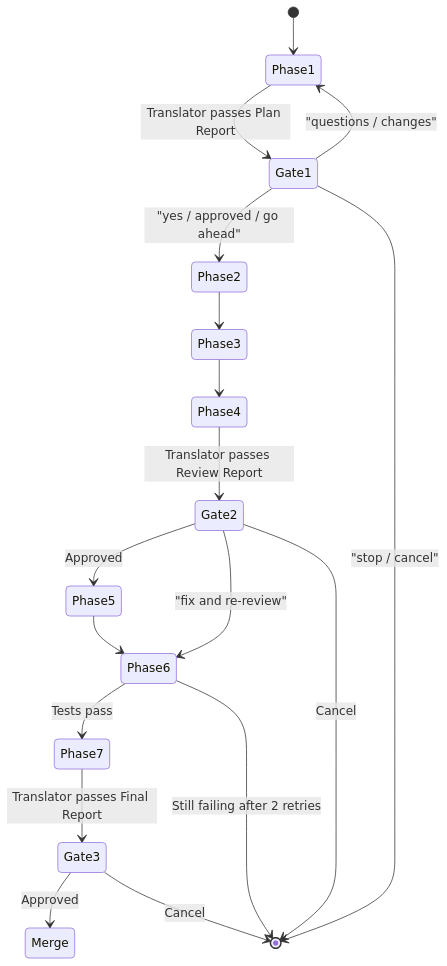
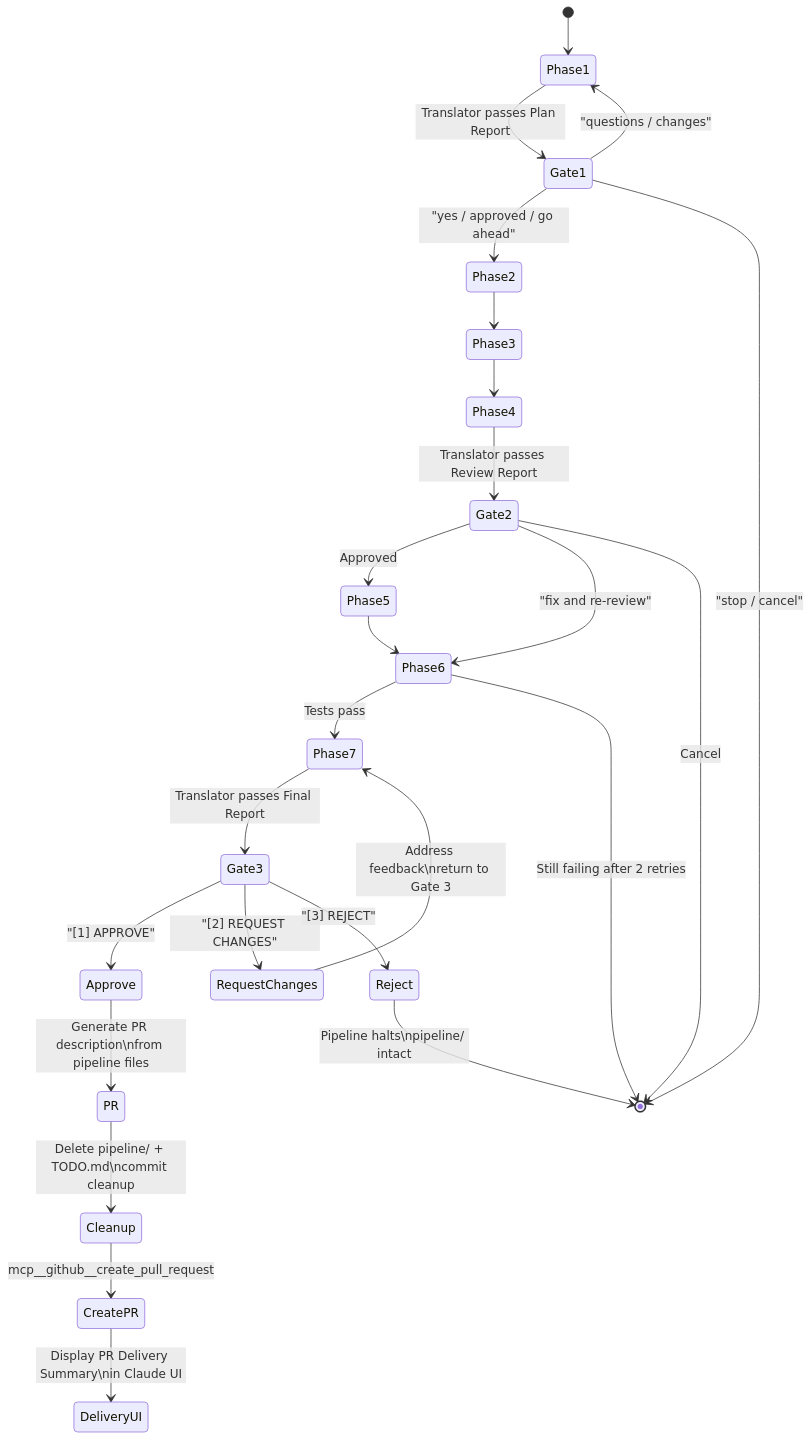
One commit to RahulSunnyCS/sentryfront changed the seventh of 16 diagrams in docs/CLAUDE_WORKFLOW.md. Above: the diagram before and after it, drawn with Mermaid. The commit also changed other lines of this file and 1 other file, not shown here.

First line of the commit message:
feat: Gate 3 structured approval modal with PR creation and delivery summary

````diff
--- a/docs/CLAUDE_WORKFLOW.md
+++ b/docs/CLAUDE_WORKFLOW.md
@@ -328,20 +328,27 @@
 ```mermaid
 stateDiagram-v2
     [*] --> Phase1
     Phase1 --> Gate1 : Translator passes Plan Report
     Gate1 --> Phase2 : "yes / approved / go ahead"
     Gate1 --> Phase1 : "questions / changes"
     Gate1 --> [*] : "stop / cancel"
     Phase2 --> Phase3
     Phase3 --> Phase4
     Phase4 --> Gate2 : Translator passes Review Report
     Gate2 --> Phase5 : Approved
     Gate2 --> Phase6 : "fix and re-review"
     Gate2 --> [*] : Cancel
     Phase5 --> Phase6
     Phase6 --> Phase7 : Tests pass
     Phase6 --> [*] : Still failing after 2 retries
     Phase7 --> Gate3 : Translator passes Final Report
-    Gate3 --> Merge : Approved
-    Gate3 --> [*] : Cancel
+    Gate3 --> Approve : "[1] APPROVE"
+    Gate3 --> RequestChanges : "[2] REQUEST CHANGES"
+    Gate3 --> Reject : "[3] REJECT"
+    Approve --> PR : Generate PR description\nfrom pipeline files
+    PR --> Cleanup : Delete pipeline/ + TODO.md\ncommit cleanup
+    Cleanup --> CreatePR : mcp__github__create_pull_request
+    CreatePR --> DeliveryUI : Display PR Delivery Summary\nin Claude UI
+    RequestChanges --> Phase7 : Address feedback\nreturn to Gate 3
+    Reject --> [*] : Pipeline halts\npipeline/ intact
 ```
````
